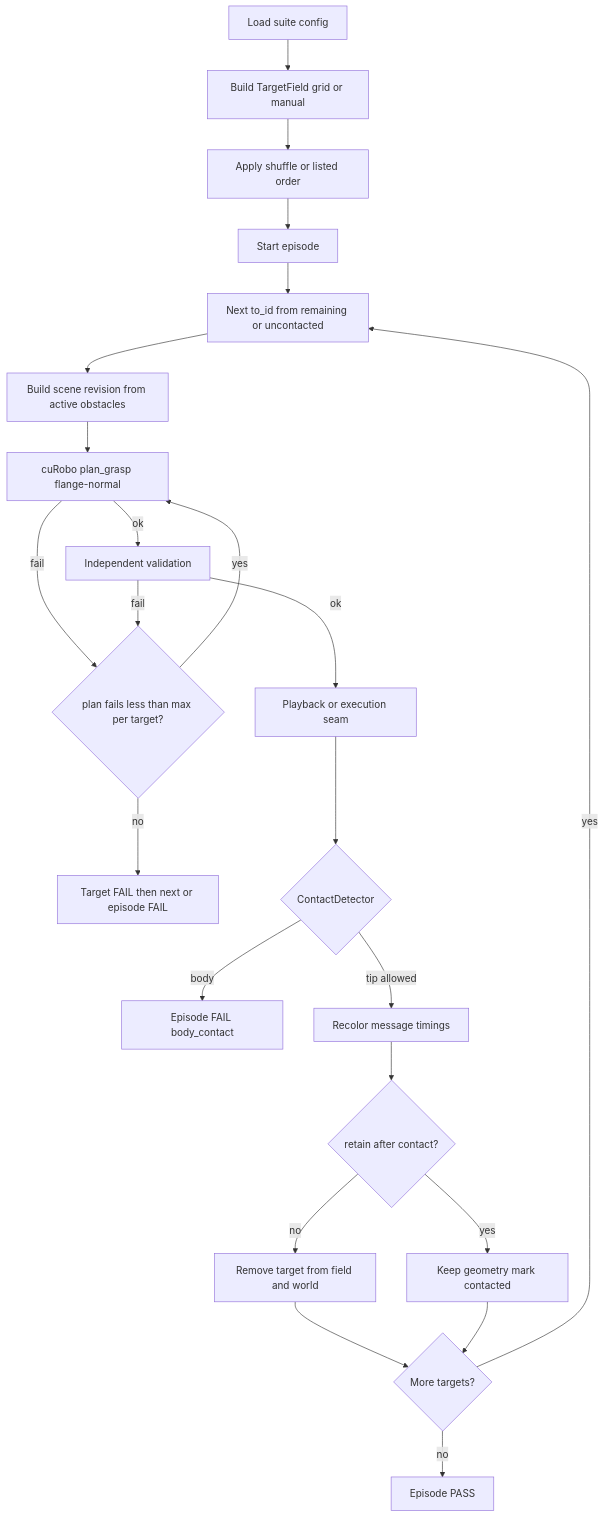
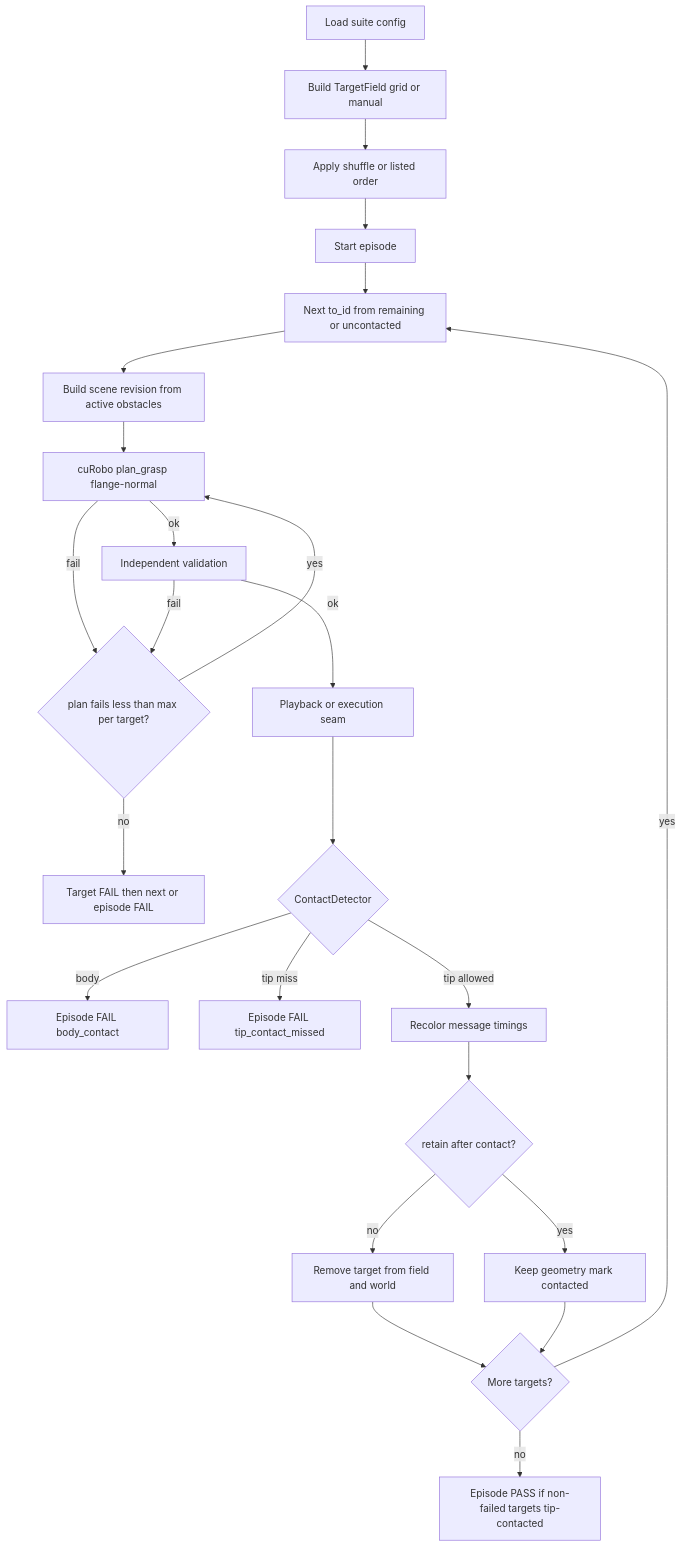
The diagram in docs/phase7_2_multi_target_contact.md (jywilson2/spark_isaac_mycobot_v3), drawn with Mermaid before and after one commit. The commit also changed other lines of this file and 7 other files, not shown here.

First line of the commit message:
fix: require tip contact only for successfully planned targets

````diff
--- a/docs/phase7_2_multi_target_contact.md
+++ b/docs/phase7_2_multi_target_contact.md
@@ -112,25 +119,26 @@
 ```mermaid
 flowchart TD
   cfg[Load suite config] --> field[Build TargetField grid or manual]
   field --> order[Apply shuffle or listed order]
   order --> ep[Start episode]
   ep --> leg[Next to_id from remaining or uncontacted]
   leg --> world[Build scene revision from active obstacles]
   world --> plan[cuRobo plan_grasp flange-normal]
   plan -->|fail| retry{plan fails less than max per target?}
   retry -->|yes| plan
   retry -->|no| failTgt[Target FAIL then next or episode FAIL]
   plan -->|ok| val[Independent validation]
   val -->|fail| retry
   val -->|ok| exec[Playback or execution seam]
   exec --> contact{ContactDetector}
   contact -->|body| failBody[Episode FAIL body_contact]
+  contact -->|tip miss| failTip[Episode FAIL tip_contact_missed]
   contact -->|tip allowed| mark[Recolor message timings]
   mark --> retain{retain after contact?}
   retain -->|no| remove[Remove target from field and world]
   retain -->|yes| keep[Keep geometry mark contacted]
   remove --> more{More targets?}
   keep --> more
   more -->|yes| leg
-  more -->|no| passEp[Episode PASS]
+  more -->|no| passEp[Episode PASS if non-failed targets tip-contacted]
 ```
````
